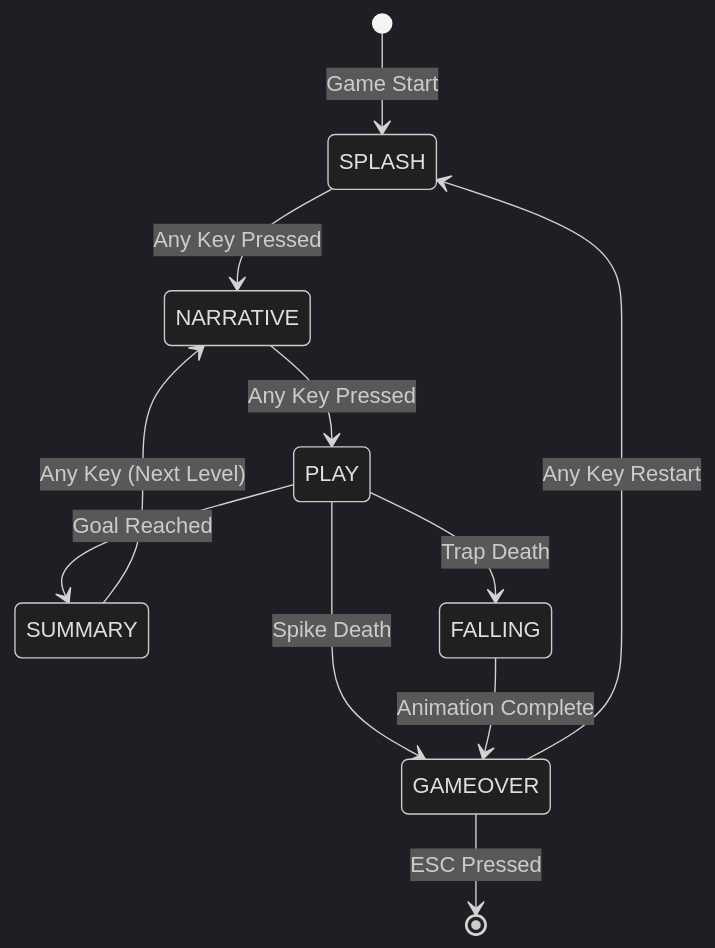
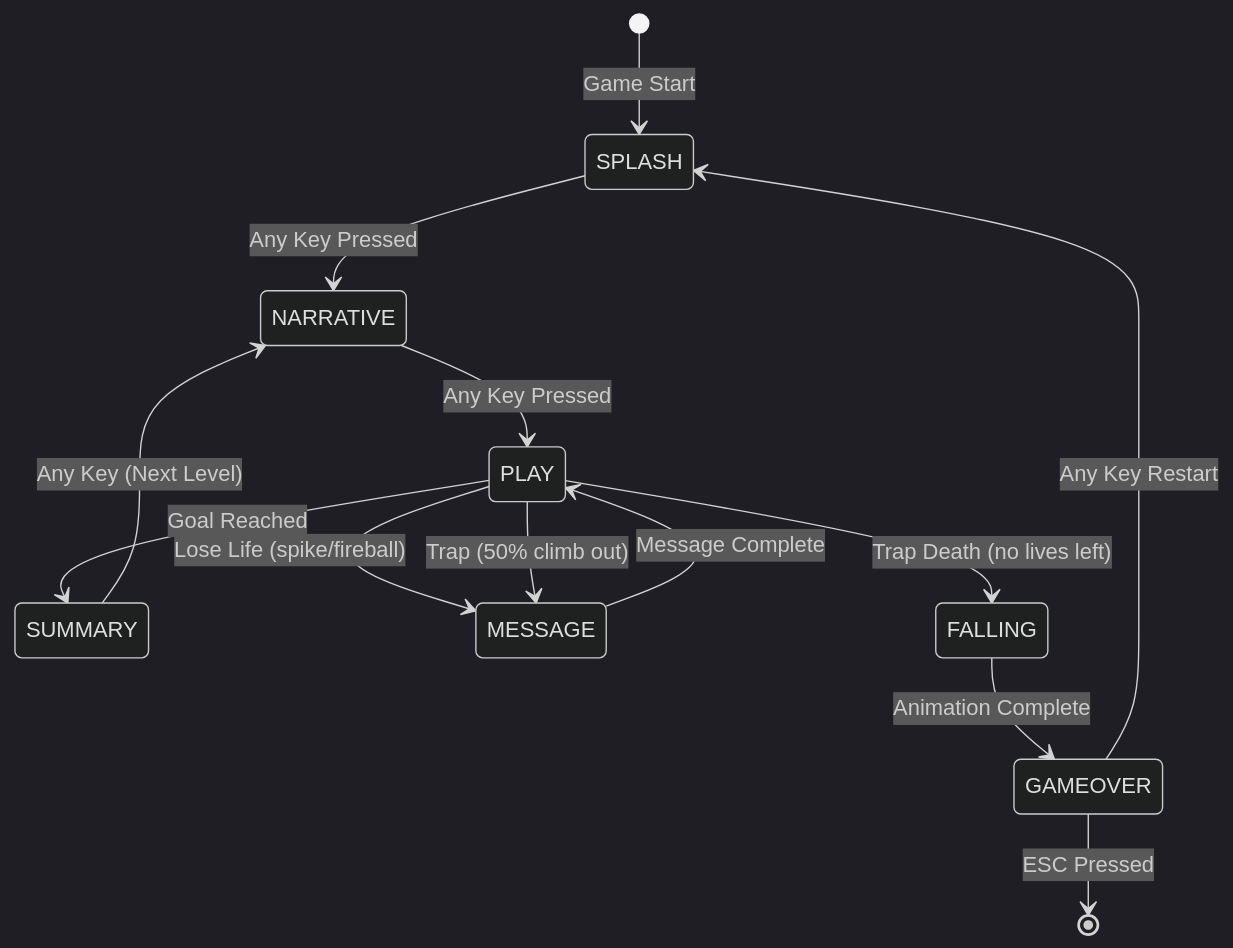
One commit to codefiresecurity/brucestreasure changed diagram 11 of 16 in README.md. Above: the diagram before and after it, drawn with Mermaid (dark theme). The commit also changed other lines of this file and 7 other files, not shown here.

````diff
--- a/README.md
+++ b/README.md
@@ -518,13 +523,15 @@
 ```mermaid
 stateDiagram-v2
     [*] --> SPLASH: Game Start
     SPLASH --> NARRATIVE: Any Key Pressed
     NARRATIVE --> PLAY: Any Key Pressed
     PLAY --> SUMMARY: Goal Reached
-    PLAY --> FALLING: Trap Death
-    PLAY --> GAMEOVER: Spike Death
+    PLAY --> MESSAGE: Lose Life (spike/fireball)
+    PLAY --> MESSAGE: Trap (50% climb out)
+    PLAY --> FALLING: Trap Death (no lives left)
     SUMMARY --> NARRATIVE: Any Key (Next Level)
+    MESSAGE --> PLAY: Message Complete
     FALLING --> GAMEOVER: Animation Complete
     GAMEOVER --> SPLASH: Any Key Restart
     GAMEOVER --> [*]: ESC Pressed
 ```
````
